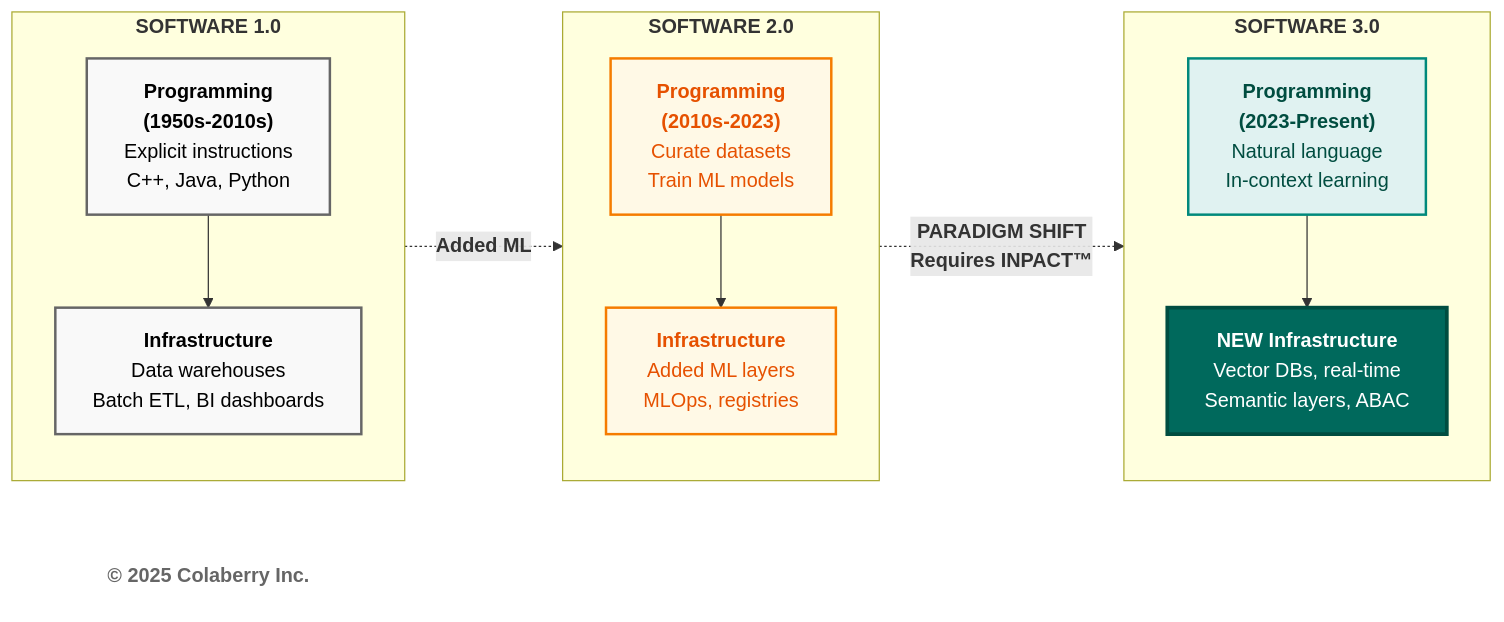
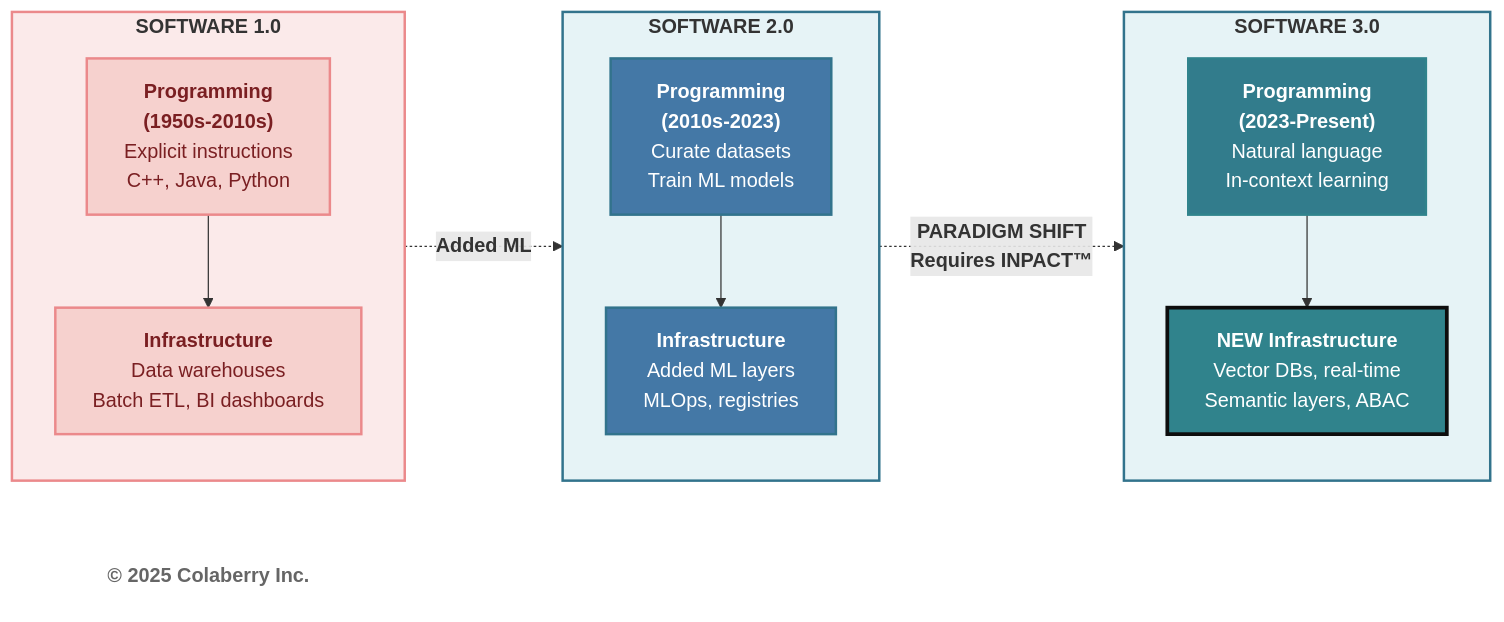
One commit to saitejesh-cyber/trust-before-intelligence-book changed the second of 4 diagrams in manuscript/04_chapter_3_from_bi_to_agent.md. Above: the diagram before and after it, drawn with Mermaid. The commit also changed other lines of this file, not shown here.

Commit message:
Update mermaid diagrams as per new coloberry color and contrast ratio for chapter 4

````diff
--- a/manuscript/04_chapter_3_from_bi_to_agent.md
+++ b/manuscript/04_chapter_3_from_bi_to_agent.md
@@ -125,42 +125,46 @@
 ```mermaid
 graph LR
     subgraph era1["<b>SOFTWARE 1.0</b>"]
         direction TB
         P1["<b>Programming</b><br/><b>(1950s-2010s)</b><br/>Explicit instructions<br/>C++, Java, Python"]
         I1["<b>Infrastructure</b><br/>Data warehouses<br/>Batch ETL, BI dashboards"]
         P1 --> I1
     end
     
     subgraph era2["<b>SOFTWARE 2.0</b>"]
         direction TB
         P2["<b>Programming</b><br/><b>(2010s-2023)</b><br/>Curate datasets<br/>Train ML models"]
         I2["<b>Infrastructure</b><br/>Added ML layers<br/>MLOps, registries"]
         P2 --> I2
     end
     
     subgraph era3["<b>SOFTWARE 3.0</b>"]
         direction TB
         P3["<b>Programming</b><br/><b>(2023-Present)</b><br/>Natural language<br/>In-context learning"]
         I3["<b>NEW Infrastructure</b><br/>Vector DBs, real-time<br/>Semantic layers, ABAC"]
         P3 --> I3
     end
-    
+
+    era1 -.->|<b>Added ML</b>| era2
+    era2 -.->|<b>PARADIGM SHIFT<br/>Requires INPACT™</b>| era3
+
+
+    %% SOFTWARE 1.0 — Problems / Old Approach (CORAL)
+    style era1 fill:#FBEAEA,stroke:#EB898B,stroke-width:2px
+    style P1 fill:#F6D1CE,stroke:#EB898B,stroke-width:2px,color:#7A1F22
+    style I1 fill:#F6D1CE,stroke:#EB898B,stroke-width:2px,color:#7A1F22
+
+    %% SOFTWARE 2.0 — Intermediate / Transition (MUTED BLUE)
+    style era2 fill:#E6F3F6,stroke:#32738C,stroke-width:2px
+    style P2 fill:#4478A6,stroke:#32738C,stroke-width:2px,color:#ffffff
+    style I2 fill:#4478A6,stroke:#32738C,stroke-width:2px,color:#ffffff
+
+    %% SOFTWARE 3.0 — Solution / Modern (TEAL)
+    style era3 fill:#E6F3F6,stroke:#32738C,stroke-width:2px
+    style P3 fill:#327C8C,stroke:#30838C,stroke-width:2px,color:#ffffff
+    style I3 fill:#30838C,stroke:#0D0D0D,stroke-width:3px,color:#ffffff
+
+    %% COPYRIGHT — Neutral
     Copyright["<b>© 2025 Colaberry Inc.</b>"]
-    
-    era1 -.->|<b>Added ML</b>| era2
-    era2 -.->|<b>PARADIGM SHIFT <br> Requires INPACT™ </b>| era3
-    
-    %% Era 1 - Neutral/Gray (Old)
-    style P1 fill:#f9f9f9,stroke:#666666,stroke-width:2px,color:#000000
-    style I1 fill:#f9f9f9,stroke:#666666,stroke-width:2px,color:#000000
-    
-    %% Era 2 - Orange (Transition/ML Addition)
-    style P2 fill:#fff9e6,stroke:#f57c00,stroke-width:2px,color:#e65100
-    style I2 fill:#fff9e6,stroke:#f57c00,stroke-width:2px,color:#e65100
-    
-    %% Era 3 - Teal (Modern/Agent-Ready)
-    style P3 fill:#e0f2f1,stroke:#00897b,stroke-width:2px,color:#004d40
-    style I3 fill:#00695c,color:#ffffff,stroke:#004d40,stroke-width:3px
-    
     style Copyright fill:#ffffff,stroke:none,color:#666666
 ```
````
